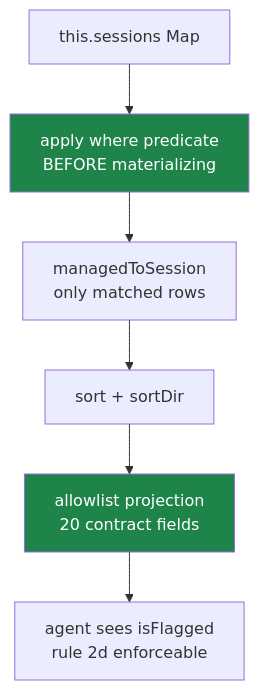
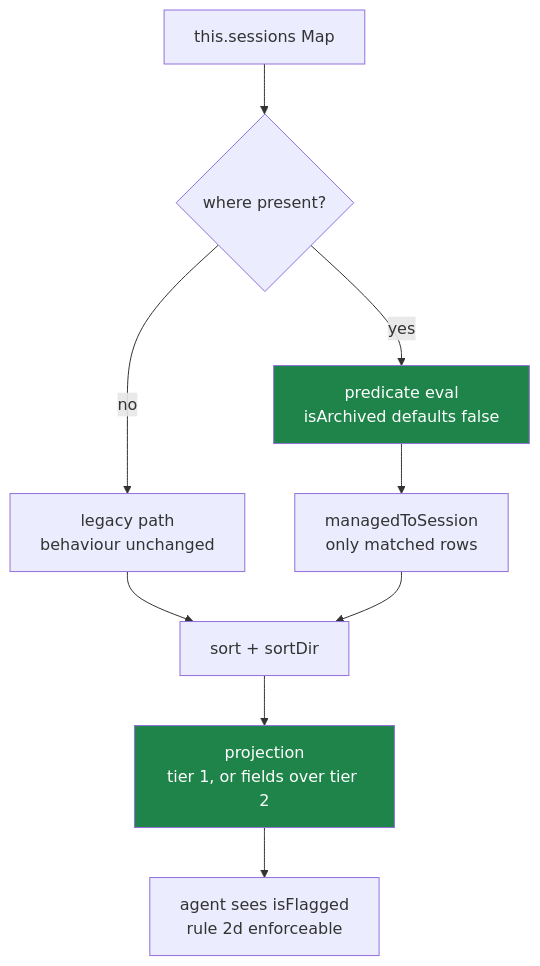
Before and after one commit to Swagatar-LLC/vorno: the second of 2 diagrams in roadmap/plans/planned/PLAN-037-session-query-predicate-surface.md, drawn with Mermaid. The commit also changed other lines of this file and 1 other file, not shown here.

First line of the commit message:
docs(roadmap): revise ADR-0026/PLAN-037 after Jeff's answers — additive only

````diff
--- a/roadmap/plans/planned/PLAN-037-session-query-predicate-surface.md
+++ b/roadmap/plans/planned/PLAN-037-session-query-predicate-surface.md
@@ -92,10 +98,13 @@
 ```mermaid
 graph TD
-    A["this.sessions Map"] --> B["apply where predicate<br/>BEFORE materializing"]
-    B --> C["managedToSession<br/>only matched rows"]
-    C --> D["sort + sortDir"]
-    D --> E["allowlist projection<br/>20 contract fields"]
-    E --> F["agent sees isFlagged<br/>rule 2d enforceable"]
-    style B fill:#1e8449,color:#fff
-    style E fill:#1e8449,color:#fff
+    A["this.sessions Map"] --> B{"where present?"}
+    B -->|no| C["legacy path<br/>behaviour unchanged"]
+    B -->|yes| D["predicate eval<br/>isArchived defaults false"]
+    D --> E["managedToSession<br/>only matched rows"]
+    C --> F["sort + sortDir"]
+    E --> F
+    F --> G["projection<br/>tier 1, or fields over tier 2"]
+    G --> H["agent sees isFlagged<br/>rule 2d enforceable"]
+    style D fill:#1e8449,color:#fff
+    style G fill:#1e8449,color:#fff
 ```
````
